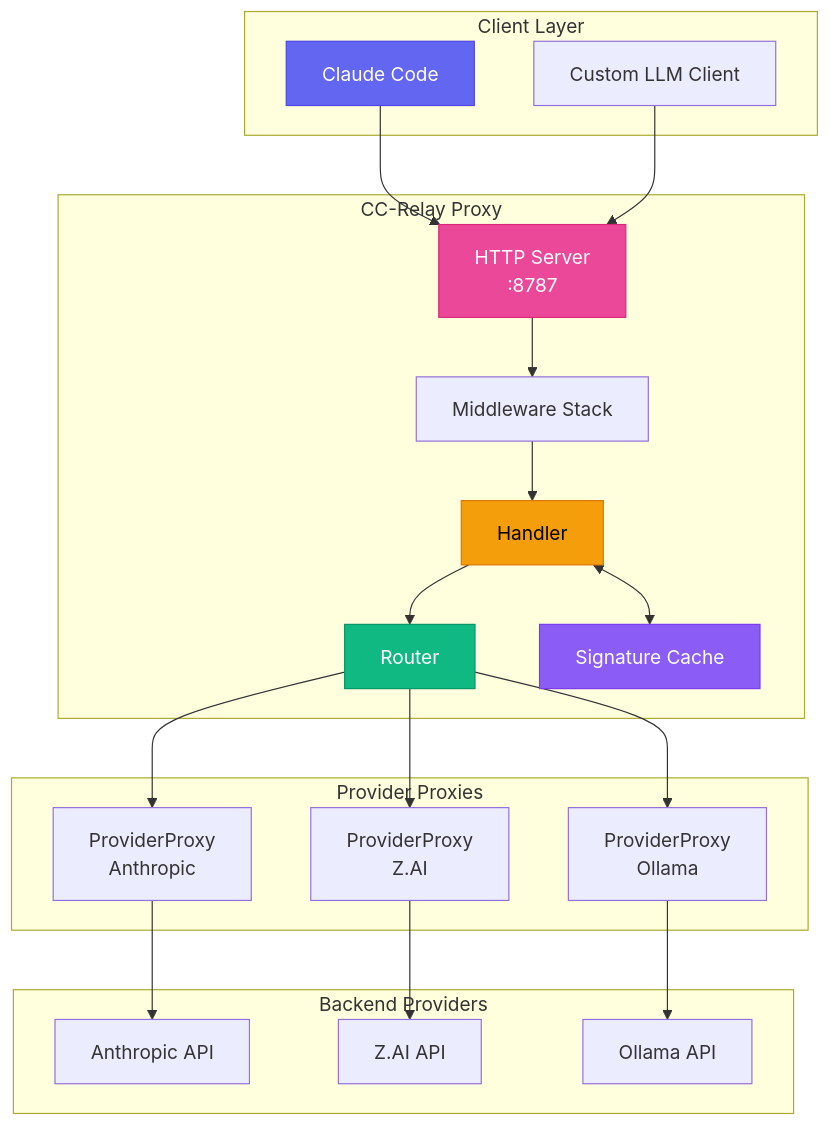
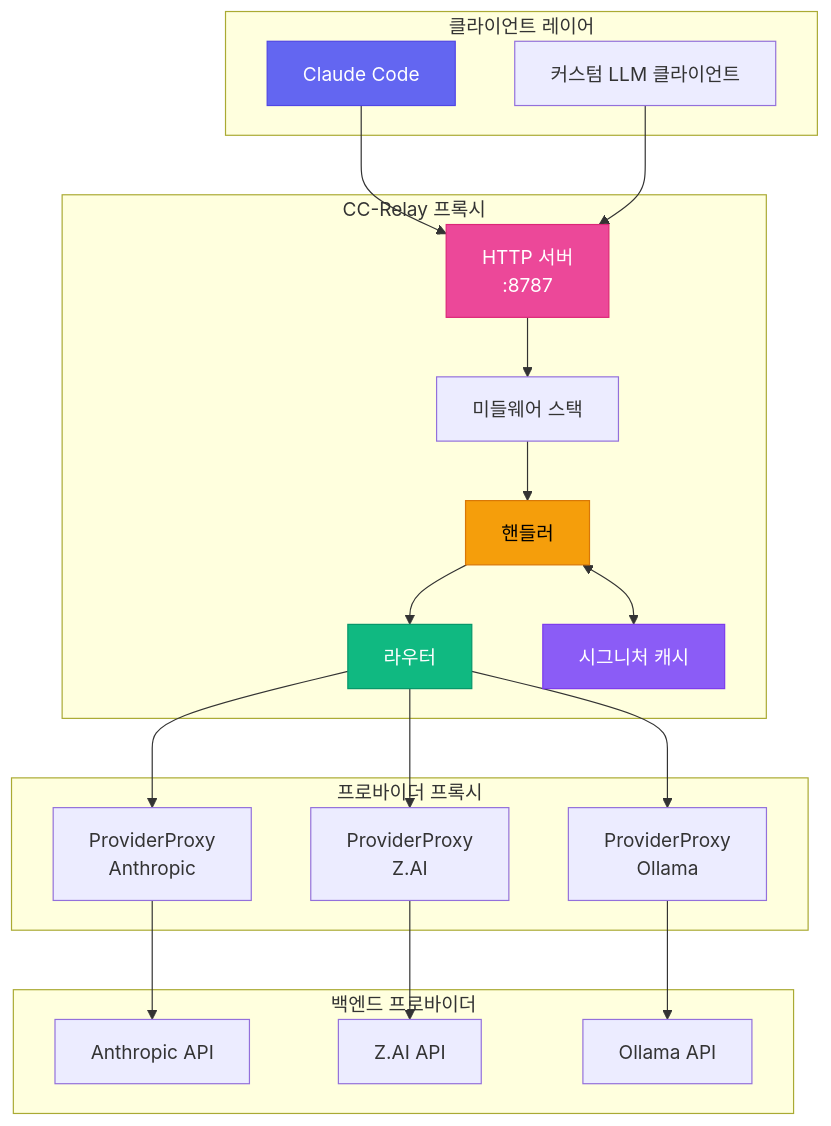
Before and after one commit to omarluq/cc-relay: the first of 5 diagrams in docs-site/content/ko/docs/architecture.md, drawn with Mermaid. The commit also changed other lines of this file and 4 other files, not shown here.

First line of the commit message:
docs: translate architecture.md to all supported languages

````diff
--- a/docs-site/content/ko/docs/architecture.md
+++ b/docs-site/content/ko/docs/architecture.md
@@ -10,46 +10,46 @@
 ```mermaid
 graph TB
-    subgraph "Client Layer"
+    subgraph "클라이언트 레이어"
         A[Claude Code]
-        B[Custom LLM Client]
+        B[커스텀 LLM 클라이언트]
     end
 
-    subgraph "CC-Relay Proxy"
-        D[HTTP Server<br/>:8787]
-        E[Middleware Stack]
-        F[Handler]
-        G[Router]
-        H[Signature Cache]
+    subgraph "CC-Relay 프록시"
+        D[HTTP 서버<br/>:8787]
+        E[미들웨어 스택]
+        F[핸들러]
+        G[라우터]
+        H[시그니처 캐시]
     end
 
-    subgraph "Provider Proxies"
+    subgraph "프로바이더 프록시"
         I[ProviderProxy<br/>Anthropic]
         J[ProviderProxy<br/>Z.AI]
         K[ProviderProxy<br/>Ollama]
     end
 
-    subgraph "Backend Providers"
+    subgraph "백엔드 프로바이더"
         L[Anthropic API]
         M[Z.AI API]
         N[Ollama API]
     end
 
     A --> D
     B --> D
     D --> E
     E --> F
     F --> G
     F <--> H
     G --> I
     G --> J
     G --> K
     I --> L
     J --> M
     K --> N
 
     style A fill:#6366f1,stroke:#4f46e5,color:#fff
     style D fill:#ec4899,stroke:#db2777,color:#fff
     style F fill:#f59e0b,stroke:#d97706,color:#000
     style G fill:#10b981,stroke:#059669,color:#fff
     style H fill:#8b5cf6,stroke:#7c3aed,color:#fff
 ```
````
